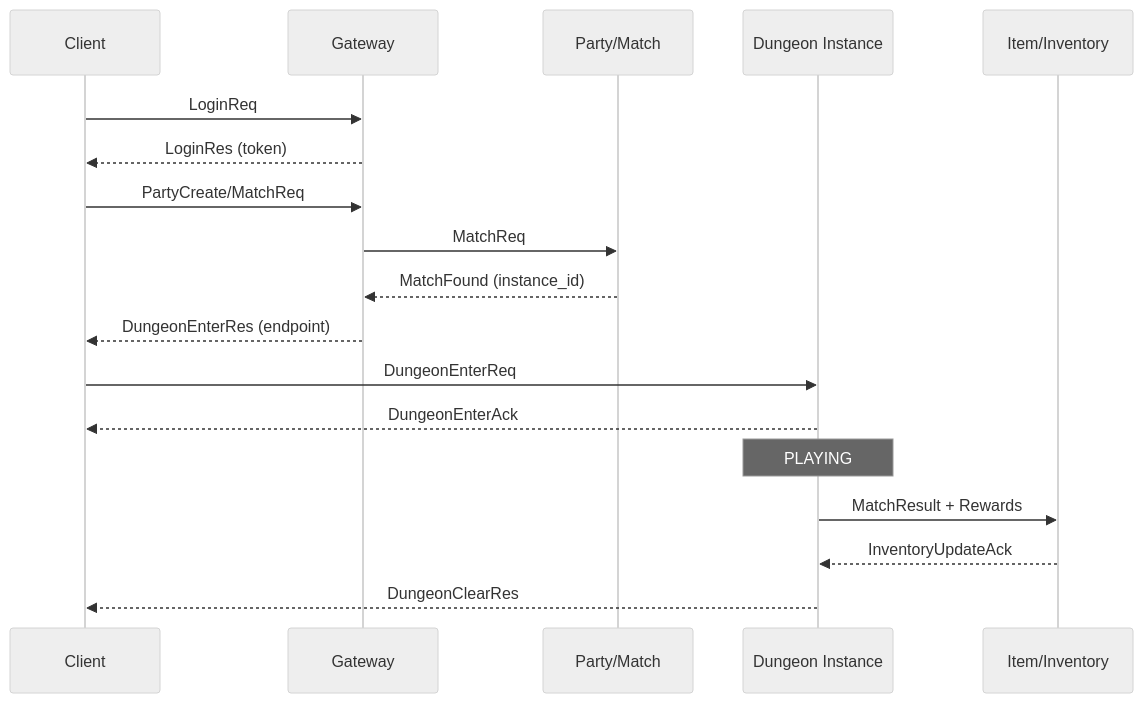
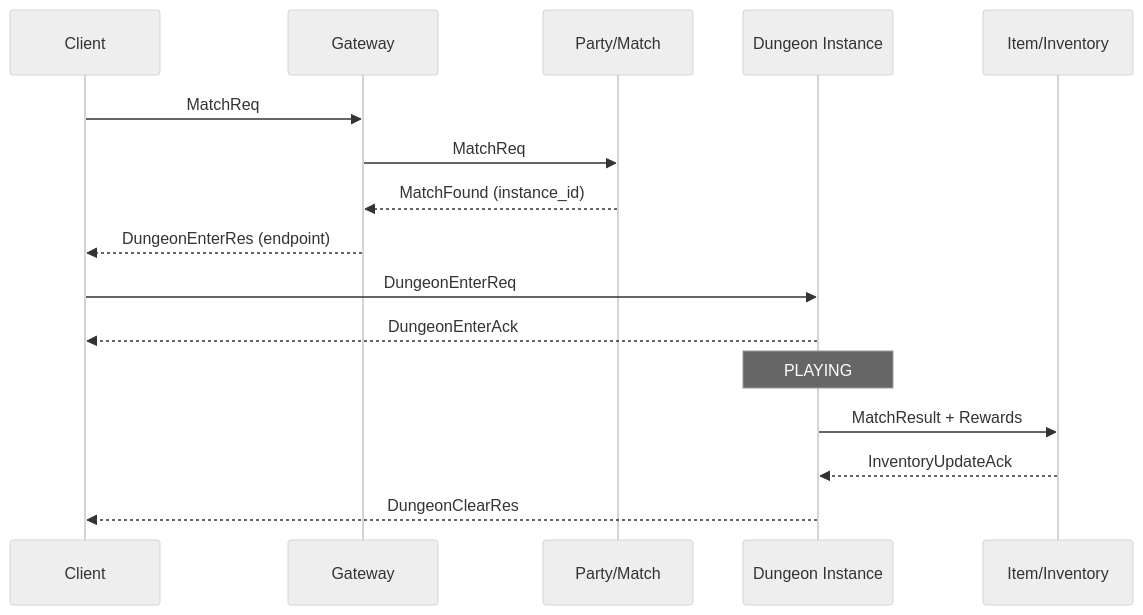
One commit to seungwoo7050/gameserver-hide changed the third of 3 diagrams in docs/architecture.md. Above: the diagram before and after it, drawn with Mermaid (neutral theme). The commit also changed other lines of this file and 3 other files, not shown here.

````diff
--- a/docs/architecture.md
+++ b/docs/architecture.md
@@ -22,23 +59,21 @@
 ```mermaid
 sequenceDiagram
     participant C as Client
     participant G as Gateway
     participant P as Party/Match
     participant D as Dungeon Instance
     participant I as Item/Inventory
 
-    C->>G: LoginReq
-    G-->>C: LoginRes (token)
-    C->>G: PartyCreate/MatchReq
+    C->>G: MatchReq
     G->>P: MatchReq
     P-->>G: MatchFound (instance_id)
     G-->>C: DungeonEnterRes (endpoint)
     C->>D: DungeonEnterReq
     D-->>C: DungeonEnterAck
 
     Note over D: PLAYING
 
     D->>I: MatchResult + Rewards
     I-->>D: InventoryUpdateAck
     D-->>C: DungeonClearRes
 ```
````
